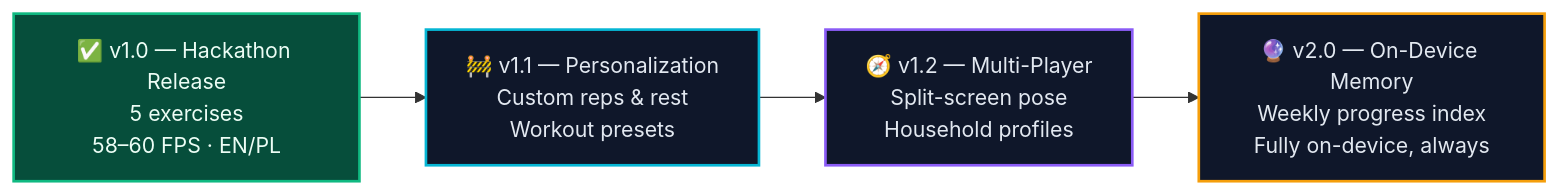
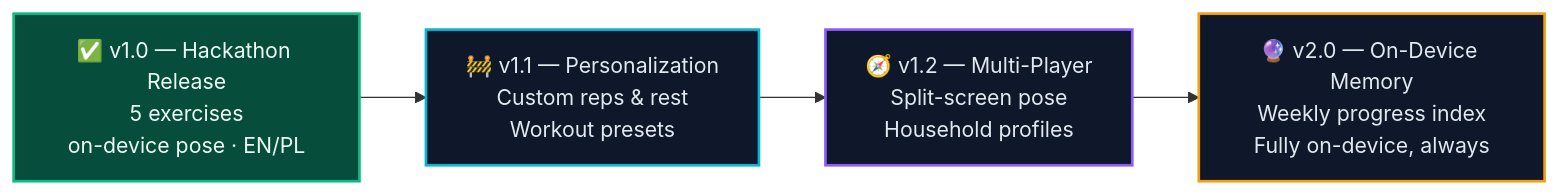
Before and after one commit to AdamBabinicz/pulsemotion-firetv: the fourth of 4 diagrams in README.md, drawn with Mermaid. The commit also changed other lines of this file and 10 other files, not shown here.

````diff
--- a/README.md
+++ b/README.md
@@ -925,11 +926,11 @@
 ```mermaid
 flowchart LR
-    V1["✅ v1.0 — Hackathon Release<br/>5 exercises<br/>58–60 FPS · EN/PL"] --> V2["🚧 v1.1 — Personalization<br/>Custom reps & rest<br/>Workout presets"]
+    V1["✅ v1.0 — Hackathon Release<br/>5 exercises<br/>on-device pose · EN/PL"] --> V2["🚧 v1.1 — Personalization<br/>Custom reps & rest<br/>Workout presets"]
     V2 --> V3["🧭 v1.2 — Multi-Player<br/>Split-screen pose<br/>Household profiles"]
     V3 --> V4["🔮 v2.0 — On-Device Memory<br/>Weekly progress index<br/>Fully on-device, always"]
 
     style V1 fill:#064e3b,stroke:#10b981,stroke-width:2px,color:#ecfdf5
     style V2 fill:#0f172a,stroke:#06b6d4,stroke-width:2px,color:#e2e8f0
     style V3 fill:#0f172a,stroke:#8b5cf6,stroke-width:2px,color:#e2e8f0
     style V4 fill:#0f172a,stroke:#f59e0b,stroke-width:2px,color:#e2e8f0
 ```
````
